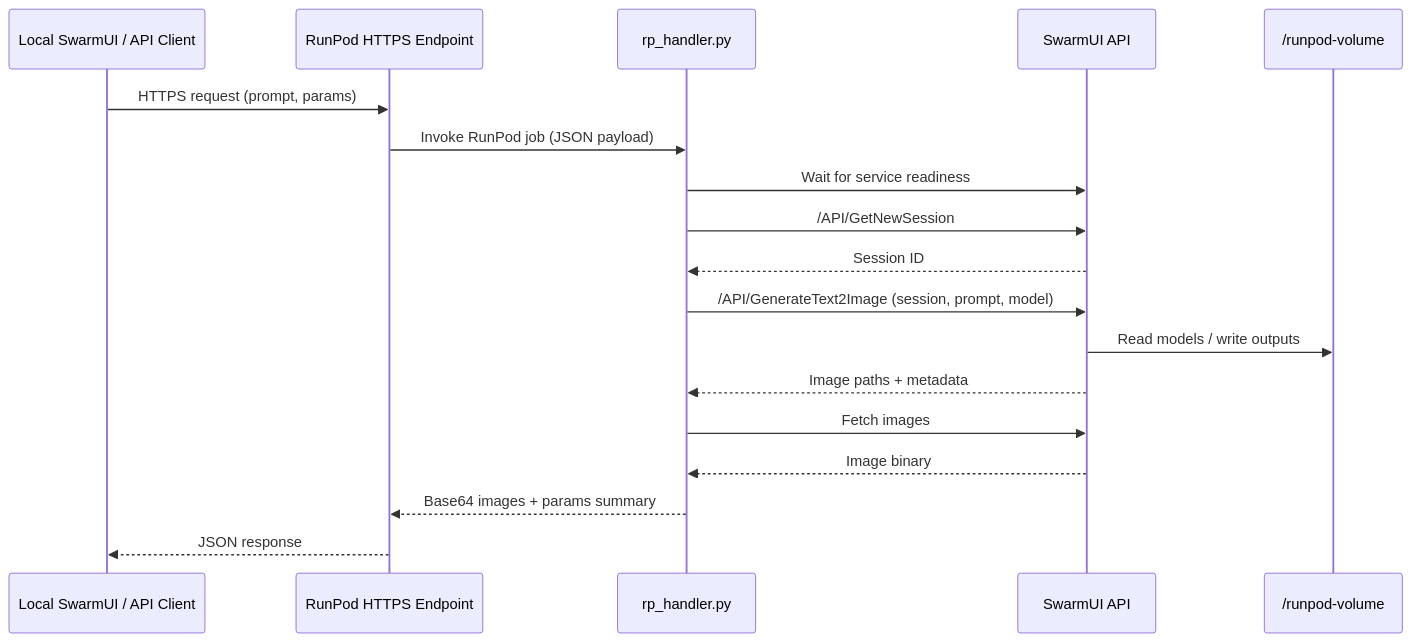
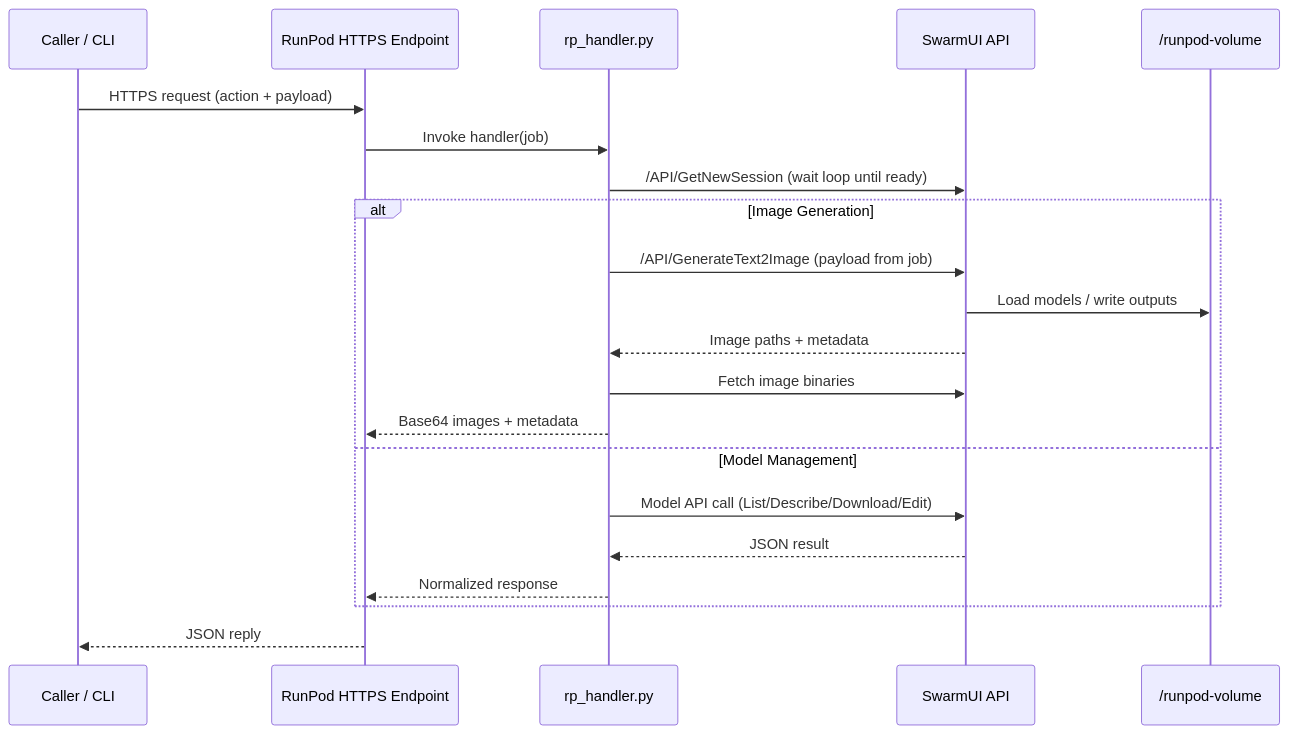
Before and after one commit to HartsyAI/RunPod-Worker-SwarmUI: the diagram in docs/ARCHITECTURE.md, drawn with Mermaid. The commit also changed other lines of this file and 12 other files, not shown here.

````diff
--- a/docs/ARCHITECTURE.md
+++ b/docs/ARCHITECTURE.md
@@ -32,21 +35,24 @@
 ```mermaid
 sequenceDiagram
-    participant Client as Local SwarmUI / API Client
+    participant Client as Caller / CLI
     participant RunPod as RunPod HTTPS Endpoint
     participant Handler as rp_handler.py
     participant Swarm as SwarmUI API
     participant Volume as /runpod-volume
 
-    Client->>RunPod: HTTPS request (prompt, params)
-    RunPod->>Handler: Invoke RunPod job (JSON payload)
-    Handler->>Swarm: Wait for service readiness
-    Handler->>Swarm: /API/GetNewSession
-    Swarm-->>Handler: Session ID
-    Handler->>Swarm: /API/GenerateText2Image (session, prompt, model)
-    Swarm->>Volume: Read models / write outputs
-    Swarm-->>Handler: Image paths + metadata
-    Handler->>Swarm: Fetch images
-    Swarm-->>Handler: Image binary
-    Handler-->>RunPod: Base64 images + params summary
-    RunPod-->>Client: JSON response
+    Client->>RunPod: HTTPS request (action + payload)
+    RunPod->>Handler: Invoke handler(job)
+    Handler->>Swarm: /API/GetNewSession (wait loop until ready)
+    alt Image Generation
+        Handler->>Swarm: /API/GenerateText2Image (payload from job)
+        Swarm->>Volume: Load models / write outputs
+        Swarm-->>Handler: Image paths + metadata
+        Handler->>Swarm: Fetch image binaries
+        Handler-->>RunPod: Base64 images + metadata
+    else Model Management
+        Handler->>Swarm: Model API call (List/Describe/Download/Edit)
+        Swarm-->>Handler: JSON result
+        Handler-->>RunPod: Normalized response
+    end
+    RunPod-->>Client: JSON reply
 ```
````
